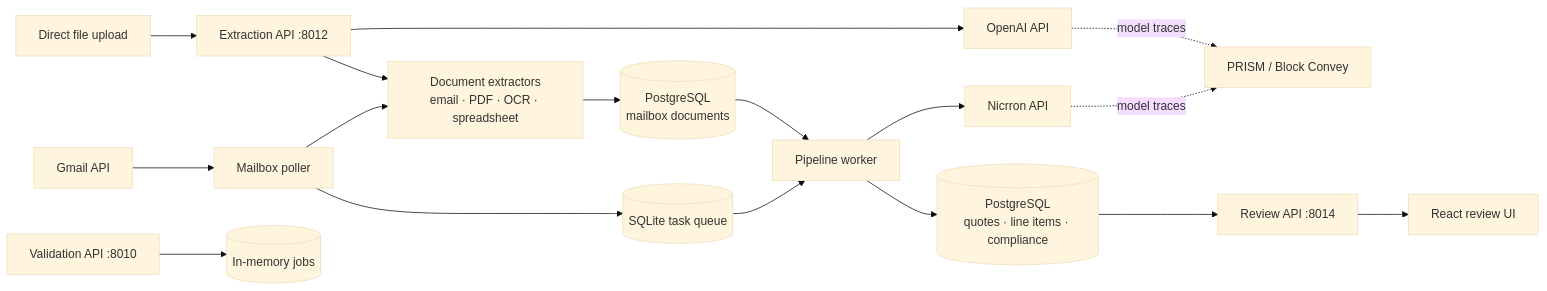
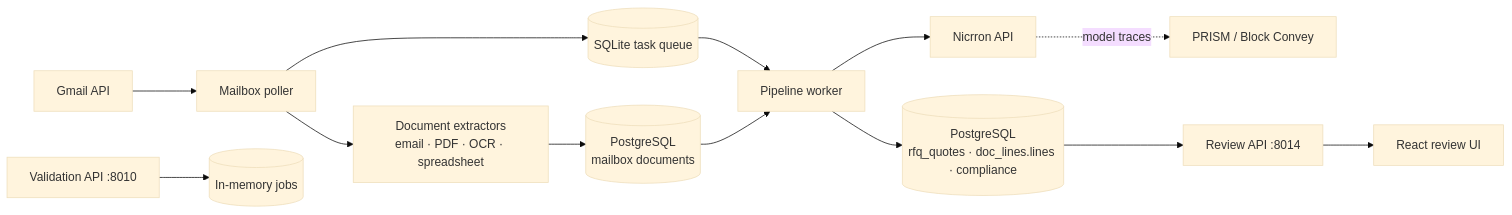
One commit to IamJasonBian/columbia-hackathon changed the first of 3 diagrams in README.md. Above: the diagram before and after it, drawn with Mermaid (base theme). The commit also changed other lines of this file and 121 other files, not shown here.

````diff
--- a/README.md
+++ b/README.md
@@ -15,22 +20,18 @@
 ```mermaid
 flowchart LR
     Gmail[Gmail API] --> Poller[Mailbox poller]
-    Upload[Direct file upload] --> Extract[Extraction API :8012]
     Poller --> Parse[Document extractors<br/>email · PDF · OCR · spreadsheet]
-    Extract --> Parse
 
     Parse --> Mail[(PostgreSQL<br/>mailbox documents)]
     Poller --> Queue[(SQLite task queue)]
     Queue --> Worker[Pipeline worker]
     Mail --> Worker
-    Worker --> Quotes[(PostgreSQL<br/>quotes · line items · compliance)]
+    Worker --> Quotes[(PostgreSQL<br/>rfq_quotes · doc_lines.lines · compliance)]
 
     Worker --> Nicrron[Nicrron API]
-    Extract --> OpenAI[OpenAI API]
     Nicrron -. model traces .-> Prism[PRISM / Block Convey]
-    OpenAI -. model traces .-> Prism
 
     Quotes --> Review[Review API :8014]
     Review --> UI[React review UI]
     Validation[Validation API :8010] --> Memory[(In-memory jobs)]
 ```
````
